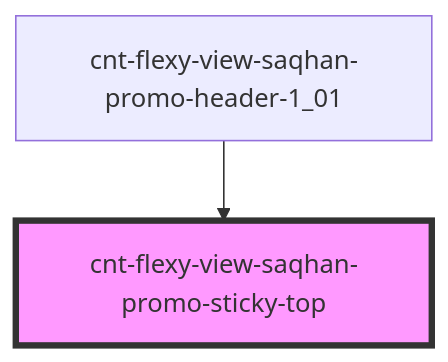
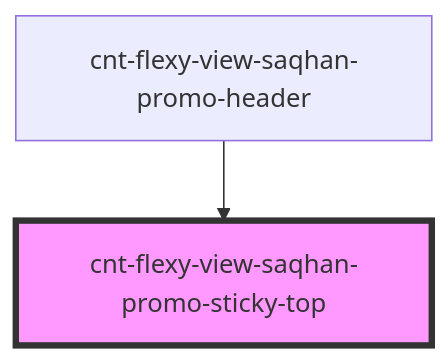
The diagram in src/components/cnt-flexy-view-saqhan-promo-header-wrapper/res/view/cnt-flexy-view-saqhan-promo-header/res/view/cnt-flexy-view-saqhan-promo-sticky-top/readme.md (saqhan/s-promo), drawn with Mermaid before and after one commit. The commit also changed other lines of this file and 167 other files, not shown here.

````diff
--- a/src/components/cnt-flexy-view-saqhan-promo-header-wrapper/res/view/cnt-flexy-view-saqhan-promo-header/res/view/cnt-flexy-view-saqhan-promo-sticky-top/readme.md
+++ b/src/components/cnt-flexy-view-saqhan-promo-header-wrapper/res/view/cnt-flexy-view-saqhan-promo-header/res/view/cnt-flexy-view-saqhan-promo-sticky-top/readme.md
@@ -23,5 +23,5 @@
 ```mermaid
 graph TD;
-  cnt-flexy-view-saqhan-promo-header-1_01 --> cnt-flexy-view-saqhan-promo-sticky-top
+  cnt-flexy-view-saqhan-promo-header --> cnt-flexy-view-saqhan-promo-sticky-top
   style cnt-flexy-view-saqhan-promo-sticky-top fill:#f9f,stroke:#333,stroke-width:4px
 ```
````
